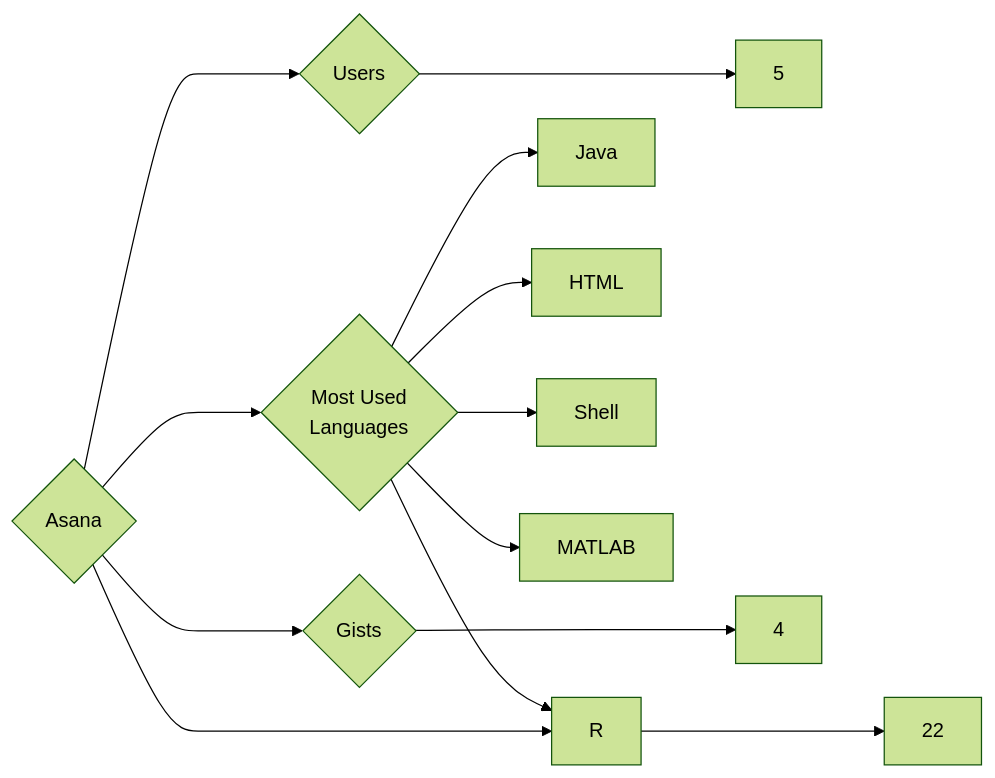
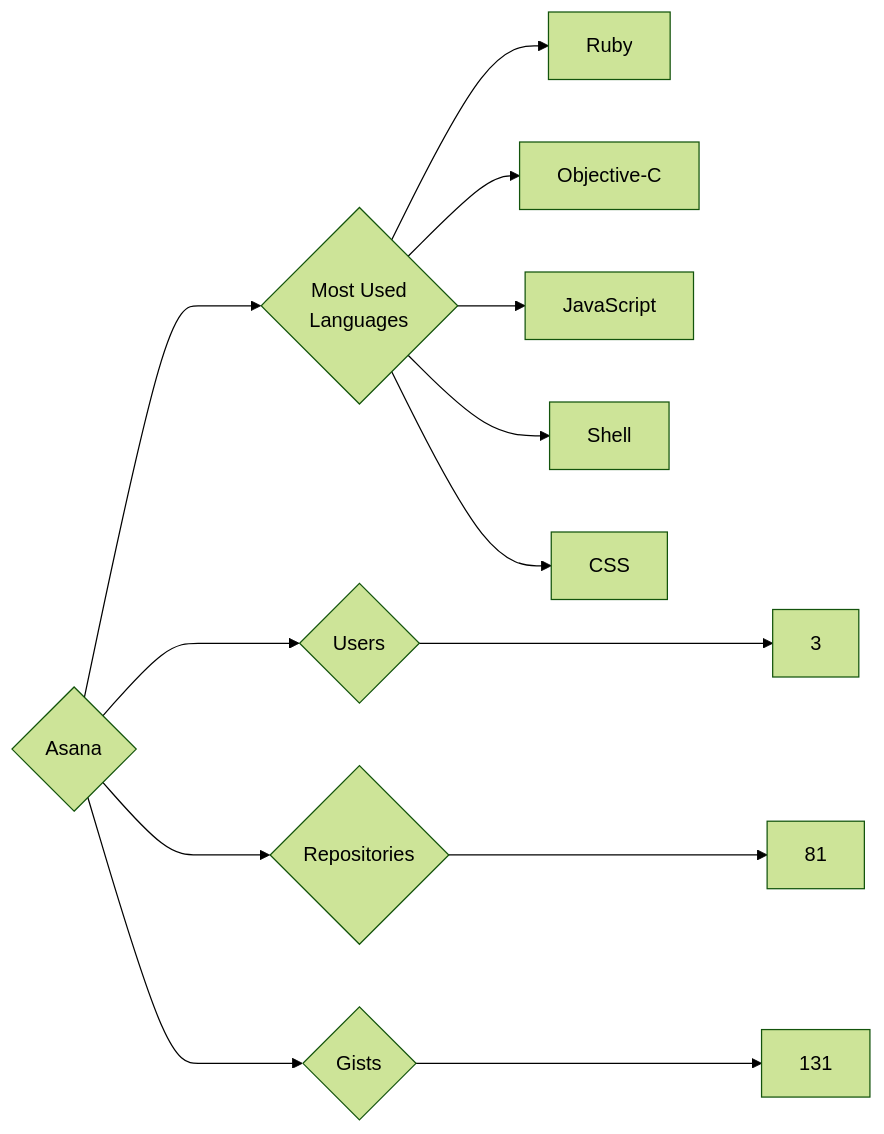
The diagram in targets/Asana/README.md (trickest/insiders), drawn with Mermaid (forest theme) before and after one commit. The commit also changed 933 other files, not shown here.

````diff
--- a/targets/Asana/README.md
+++ b/targets/Asana/README.md
@@ -3,13 +3,13 @@
 ```mermaid
 graph LR
 COMPANY_NAME{Asana}
-COMPANY_NAME ---> U{Users} ---> UN[5]
-COMPANY_NAME ---> R{Repositories} ---> RN[22]
-COMPANY_NAME ---> G{Gists} ---> GN[4]
+COMPANY_NAME ---> U{Users} ---> UN[3]
+COMPANY_NAME ---> R{Repositories} ---> RN[81]
+COMPANY_NAME ---> G{Gists} ---> GN[131]
 COMPANY_NAME ---> ML{Most Used<br>Languages}
-ML --> Java[Java]
-ML --> HTML[HTML]
+ML --> Ruby[Ruby]
+ML --> Objective-C[Objective-C]
+ML --> JavaScript[JavaScript]
 ML --> Shell[Shell]
-ML --> R[R]
-ML --> MATLAB[MATLAB]
+ML --> CSS[CSS]
 ```
````
